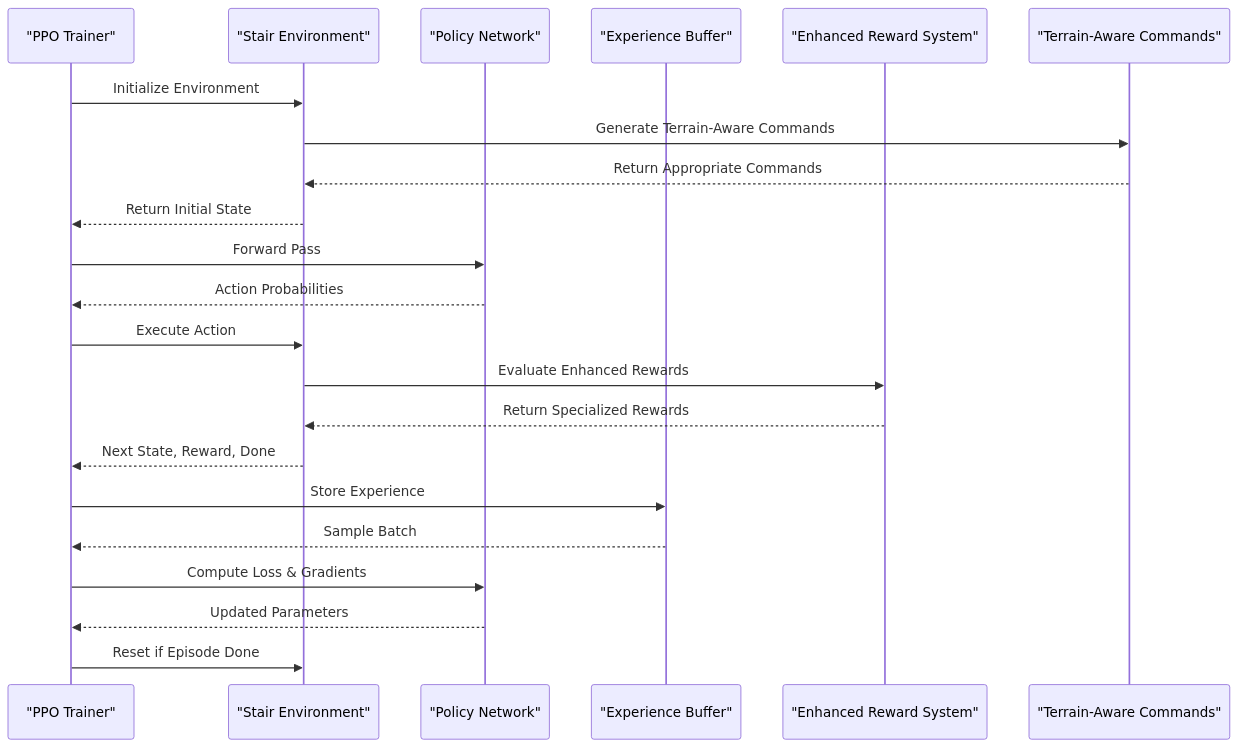
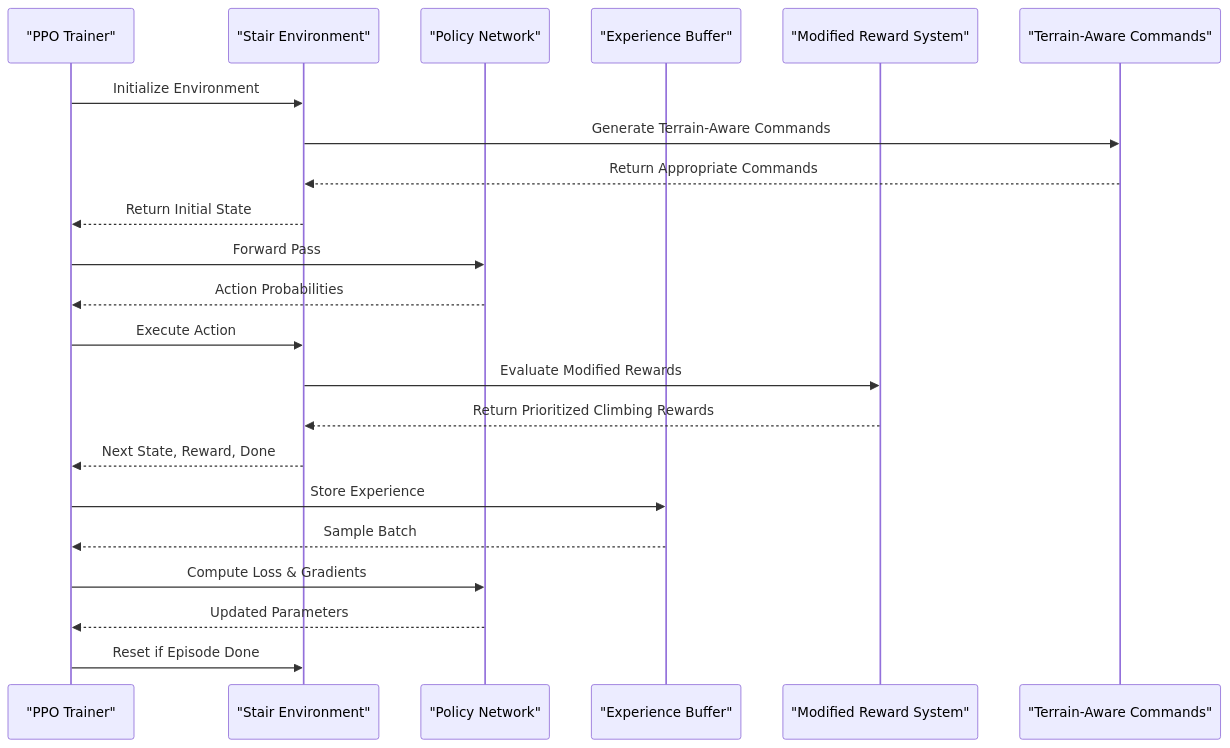
The fifth of 9 diagrams in .qoder/repowiki/en/content/ZSIBOT ZSL1 Stair Climbing Configuration.md (jayjayhust/robot_lab), drawn with Mermaid before and after one commit. The commit also changed other lines of this file and 6 other files, not shown here.

````diff
--- a/.qoder/repowiki/en/content/ZSIBOT ZSL1 Stair Climbing Configuration.md
+++ b/.qoder/repowiki/en/content/ZSIBOT ZSL1 Stair Climbing Configuration.md
@@ -290,24 +310,24 @@
 ```mermaid
 sequenceDiagram
 participant Trainer as "PPO Trainer"
 participant Env as "Stair Environment"
 participant Agent as "Policy Network"
 participant Memory as "Experience Buffer"
-participant Rewards as "Enhanced Reward System"
+participant Rewards as "Modified Reward System"
 participant Commands as "Terrain-Aware Commands"
 Trainer->>Env : Initialize Environment
 Env->>Commands : Generate Terrain-Aware Commands
 Commands-->>Env : Return Appropriate Commands
 Env-->>Trainer : Return Initial State
 Trainer->>Agent : Forward Pass
 Agent-->>Trainer : Action Probabilities
 Trainer->>Env : Execute Action
-Env->>Rewards : Evaluate Enhanced Rewards
-Rewards-->>Env : Return Specialized Rewards
+Env->>Rewards : Evaluate Modified Rewards
+Rewards-->>Env : Return Prioritized Climbing Rewards
 Env-->>Trainer : Next State, Reward, Done
 Trainer->>Memory : Store Experience
 Memory-->>Trainer : Sample Batch
 Trainer->>Agent : Compute Loss & Gradients
 Agent-->>Trainer : Updated Parameters
 Trainer->>Env : Reset if Episode Done
 ```
````
